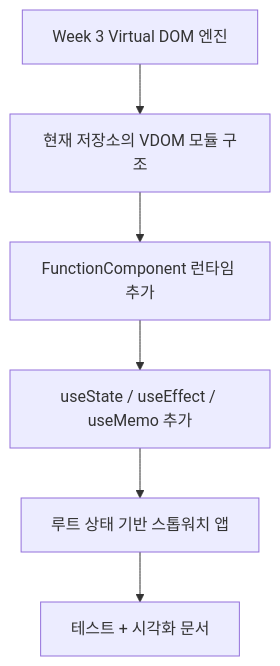
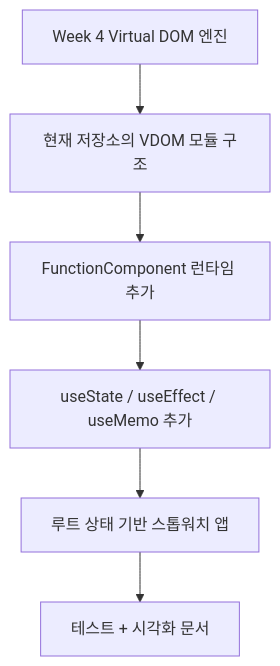
Before and after one commit to Jungle-12-303/week5-team3-react2: the first of 7 diagrams in docs/REQUIREMENTS_IMPLEMENTATION_MAP.md, drawn with Mermaid. The commit also changed other lines of this file and 3 other files, not shown here.

````diff
--- a/docs/REQUIREMENTS_IMPLEMENTATION_MAP.md
+++ b/docs/REQUIREMENTS_IMPLEMENTATION_MAP.md
@@ -8,8 +8,8 @@
 ```mermaid
 flowchart TD
-    A["Week 3 Virtual DOM 엔진"] --> B["현재 저장소의 VDOM 모듈 구조"]
+    A["Week 4 Virtual DOM 엔진"] --> B["현재 저장소의 VDOM 모듈 구조"]
     B --> C["FunctionComponent 런타임 추가"]
     C --> D["useState / useEffect / useMemo 추가"]
     D --> E["루트 상태 기반 스톱워치 앱"]
     E --> F["테스트 + 시각화 문서"]
 ```
````
